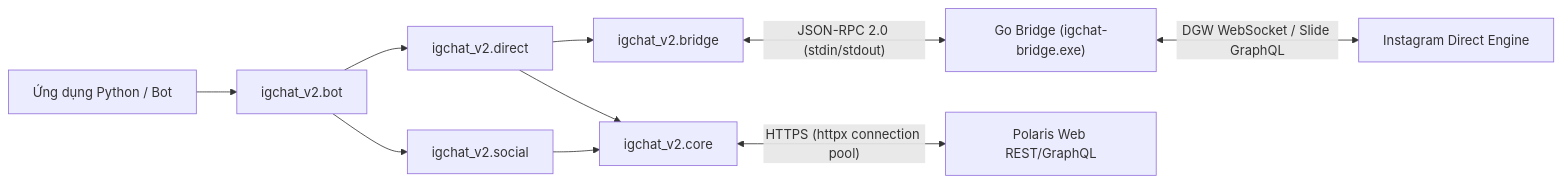
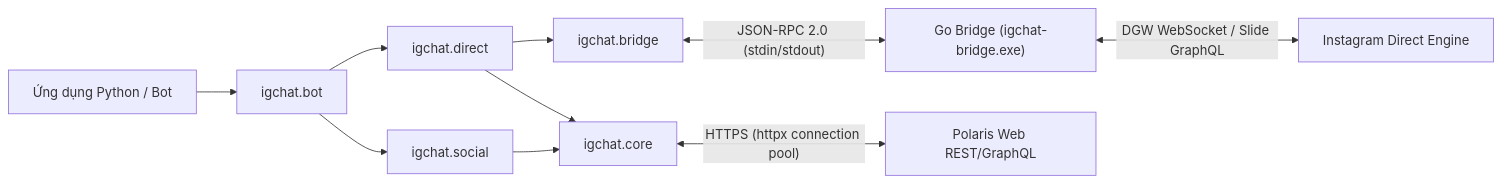
One commit to 0xshijn/igchat-v2 changed the diagram in README.md. Above: the diagram before and after it, drawn with Mermaid. The commit also changed other lines of this file and 59 other files, not shown here.

````diff
--- a/README.md
+++ b/README.md
@@ -77,14 +77,14 @@
 ```mermaid
 flowchart LR
-    App["Ứng dụng Python / Bot"] --> BotMod["igchat_v2.bot"]
-    BotMod --> DirectMod["igchat_v2.direct"]
-    BotMod --> SocialMod["igchat_v2.social"]
+    App["Ứng dụng Python / Bot"] --> BotMod["igchat.bot"]
+    BotMod --> DirectMod["igchat.direct"]
+    BotMod --> SocialMod["igchat.social"]
 
-    DirectMod --> BridgeMod["igchat_v2.bridge"]
-    DirectMod --> CoreMod["igchat_v2.core"]
+    DirectMod --> BridgeMod["igchat.bridge"]
+    DirectMod --> CoreMod["igchat.core"]
     SocialMod --> CoreMod
     
     BridgeMod <-->|"JSON-RPC 2.0 (stdin/stdout)"| BridgeGo["Go Bridge (igchat-bridge.exe)"]
     BridgeGo <-->|"DGW WebSocket / Slide GraphQL"| IGDirect["Instagram Direct Engine"]
     CoreMod <-->|"HTTPS (httpx connection pool)"| IGRest["Polaris Web REST/GraphQL"]
 ```
````
